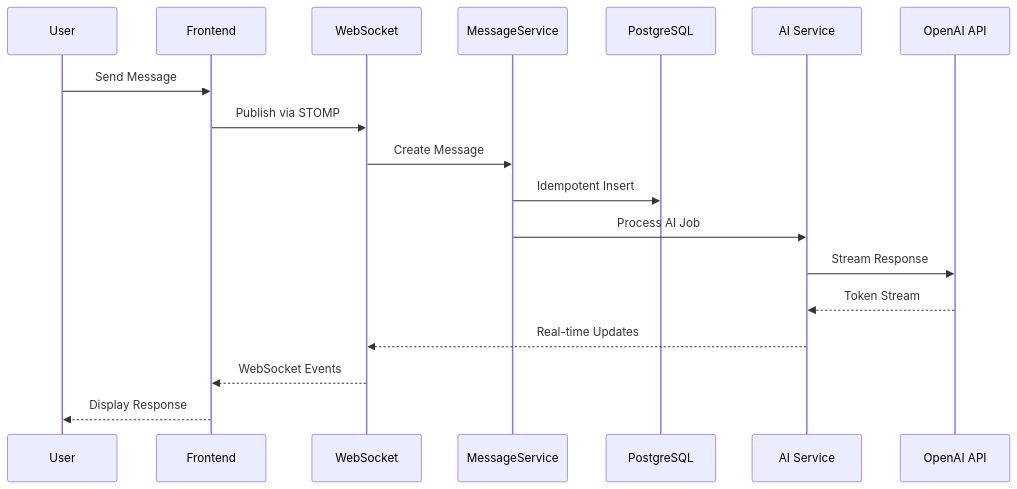
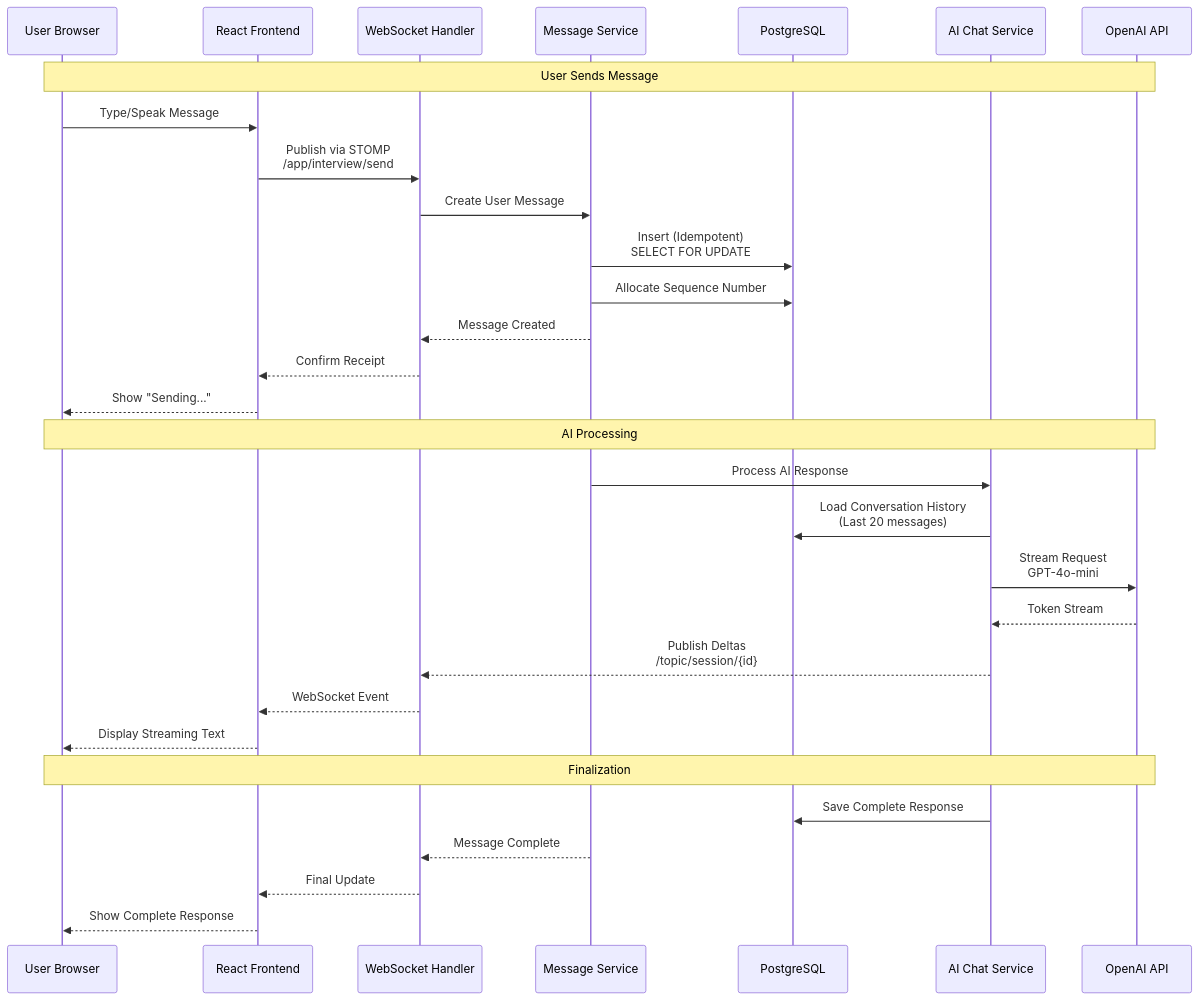
Before and after one commit to AlejandroPosadaR/Miraiprep: the second of 4 diagrams in README.md, drawn with Mermaid. The commit also changed other lines of this file and 2 other files, not shown here.

````diff
--- a/README.md
+++ b/README.md
@@ -102,21 +113,38 @@
 ```mermaid
 sequenceDiagram
-    participant U as User
-    participant F as Frontend
-    participant WS as WebSocket
-    participant MS as MessageService
+    participant U as User Browser
+    participant F as React Frontend
+    participant WS as WebSocket Handler
+    participant MS as Message Service
     participant DB as PostgreSQL
-    participant AI as AI Service
+    participant AI as AI Chat Service
     participant OAI as OpenAI API
     
-    U->>F: Send Message
-    F->>WS: Publish via STOMP
-    WS->>MS: Create Message
-    MS->>DB: Idempotent Insert
-    MS->>AI: Process AI Job
-    AI->>OAI: Stream Response
+    Note over U,OAI: User Sends Message
+    
+    U->>F: Type/Speak Message
+    F->>WS: Publish via STOMP<br/>/app/interview/send
+    WS->>MS: Create User Message
+    MS->>DB: Insert (Idempotent)<br/>SELECT FOR UPDATE
+    MS->>DB: Allocate Sequence Number
+    MS-->>WS: Message Created
+    WS-->>F: Confirm Receipt
+    F-->>U: Show "Sending..."
+    
+    Note over U,OAI: AI Processing
+    
+    MS->>AI: Process AI Response
+    AI->>DB: Load Conversation History<br/>(Last 20 messages)
+    AI->>OAI: Stream Request<br/>GPT-4o-mini
     OAI-->>AI: Token Stream
-    AI-->>WS: Real-time Updates
-    WS-->>F: WebSocket Events
-    F-->>U: Display Response
+    AI-->>WS: Publish Deltas<br/>/topic/session/{id}
+    WS-->>F: WebSocket Event
+    F-->>U: Display Streaming Text
+    
+    Note over U,OAI: Finalization
+    
+    AI->>DB: Save Complete Response
+    MS-->>WS: Message Complete
+    WS-->>F: Final Update
+    F-->>U: Show Complete Response
 ```
````
